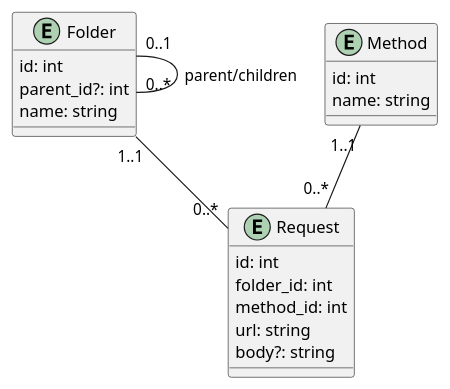
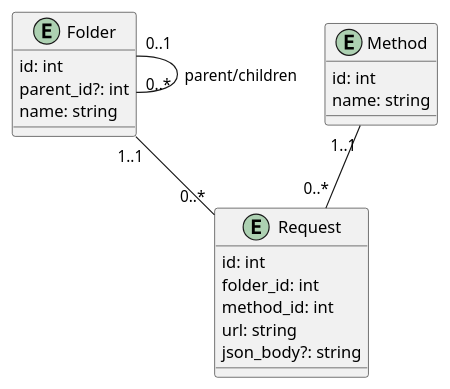
Before and after one commit to d-najd/sweden-fullstack-individual: the diagram in schema.puml, drawn with PlantUML. The commit also changed 21 other files, not shown here.

```diff
--- a/schema.puml
+++ b/schema.puml
@@ -1,28 +1,28 @@
 @startuml
 
 ' folder is also an collection but without parent
 entity Folder {
     id: int
     parent_id?: int
     name: string
 }
 
 ' Body can only be json
 entity Request {
     id: int
     folder_id: int
     method_id: int
     url: string
-    body?: string 
+    json_body?: string 
 }
 
 entity Method {
     id: int
     name: string
 }
 
 Folder "0..1" -- "0..*" Folder : parent/children
 Folder "1..1" -- "0..*" Request
 Method "1..1" -- "0..*" Request
 
 @enduml
```
